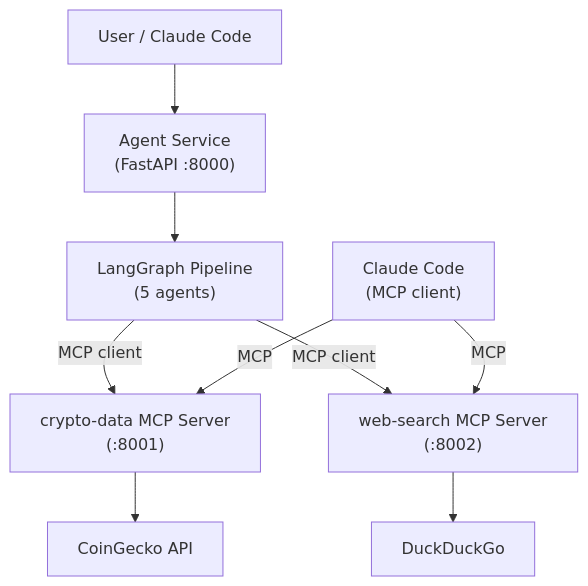
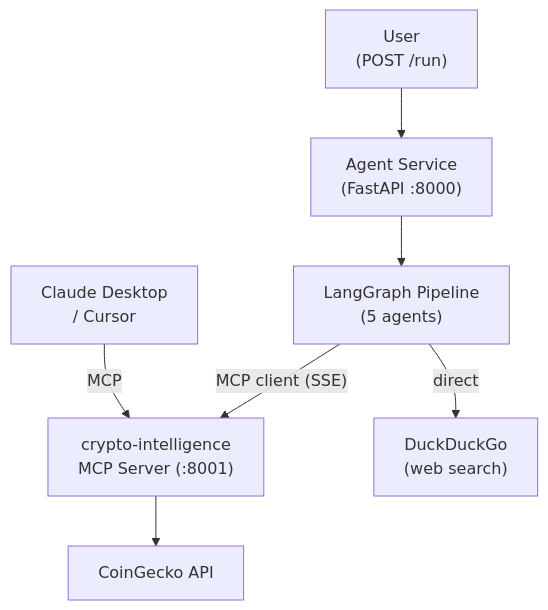
The third of 7 diagrams in docs/curriculum.md (ksopyla/agent-patterns-lab), drawn with Mermaid before and after one commit. The commit also changed other lines of this file and 18 other files, not shown here.

````diff
--- a/docs/curriculum.md
+++ b/docs/curriculum.md
@@ -165,11 +165,9 @@
 ```mermaid
 graph TD
-    User["User / Claude Code"] --> FastAPI["Agent Service\n(FastAPI :8000)"]
+    User["User\n(POST /run)"] --> FastAPI["Agent Service\n(FastAPI :8000)"]
     FastAPI --> Pipeline["LangGraph Pipeline\n(5 agents)"]
-    Pipeline -->|MCP client| CryptoMCP["crypto-data MCP Server\n(:8001)"]
-    Pipeline -->|MCP client| WebMCP["web-search MCP Server\n(:8002)"]
+    Pipeline -->|"MCP client (SSE)"| CryptoMCP["crypto-intelligence\nMCP Server (:8001)"]
+    Pipeline -->|direct| DDG["DuckDuckGo\n(web search)"]
     CryptoMCP --> CoinGecko["CoinGecko API"]
-    WebMCP --> DDG["DuckDuckGo"]
-    ClaudeCode["Claude Code\n(MCP client)"] -->|MCP| CryptoMCP
-    ClaudeCode -->|MCP| WebMCP
+    ClaudeDesktop["Claude Desktop\n/ Cursor"] -->|MCP| CryptoMCP
 ```
````
